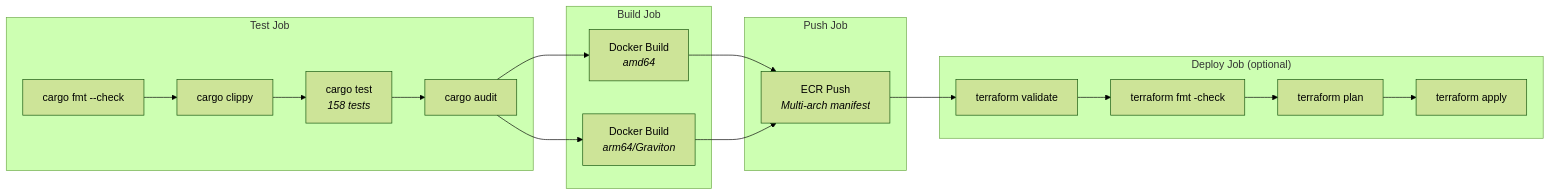
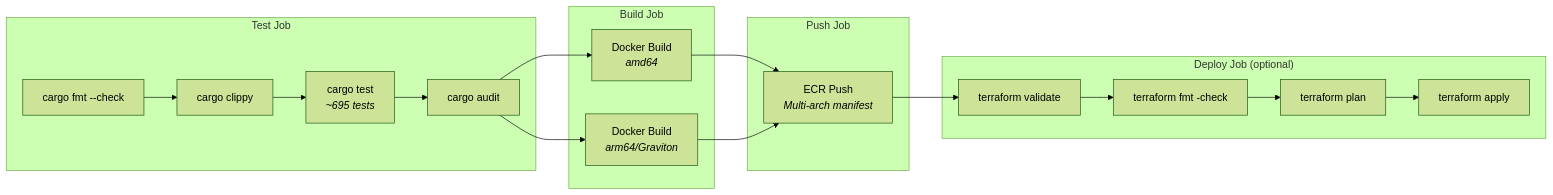
Before and after one commit to Financial-Empowerment-Partners/impala: diagram 14 of 14 in ARCHITECTURE.md, drawn with Mermaid (forest theme). The commit also changed other lines of this file and 99 other files, not shown here.

````diff
--- a/ARCHITECTURE.md
+++ b/ARCHITECTURE.md
@@ -1141,32 +1144,32 @@
 ```mermaid
 graph LR
     subgraph Test["Test Job"]
         Fmt["cargo fmt --check"]
         Clippy["cargo clippy"]
-        Tests["cargo test<br/><i>158 tests</i>"]
+        Tests["cargo test<br/><i>~695 tests</i>"]
         Audit["cargo audit"]
     end
 
     subgraph Build["Build Job"]
         AMD64["Docker Build<br/><i>amd64</i>"]
         ARM64["Docker Build<br/><i>arm64/Graviton</i>"]
     end
 
     subgraph Push["Push Job"]
         ECR["ECR Push<br/><i>Multi-arch manifest</i>"]
     end
 
     subgraph Deploy["Deploy Job (optional)"]
         TFValidate["terraform validate"]
         TFFmt["terraform fmt -check"]
         TFPlan["terraform plan"]
         TFApply["terraform apply"]
     end
 
     Fmt --> Clippy --> Tests --> Audit
     Audit --> AMD64
     Audit --> ARM64
     AMD64 --> ECR
     ARM64 --> ECR
     ECR --> TFValidate --> TFFmt --> TFPlan --> TFApply
 ```
````
